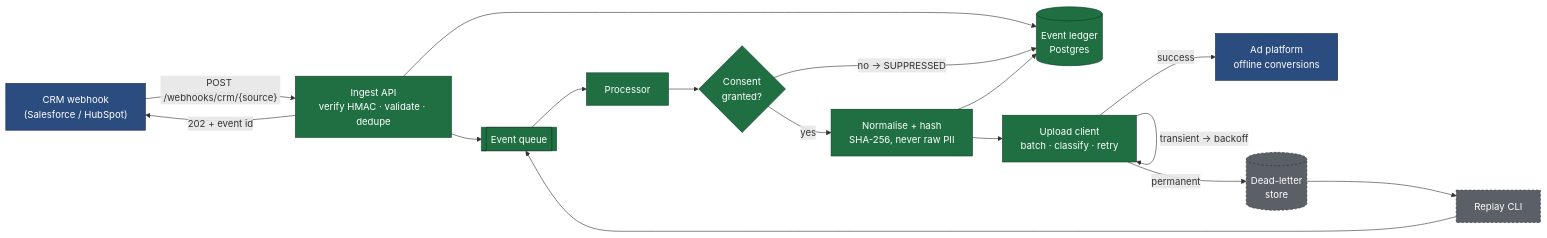
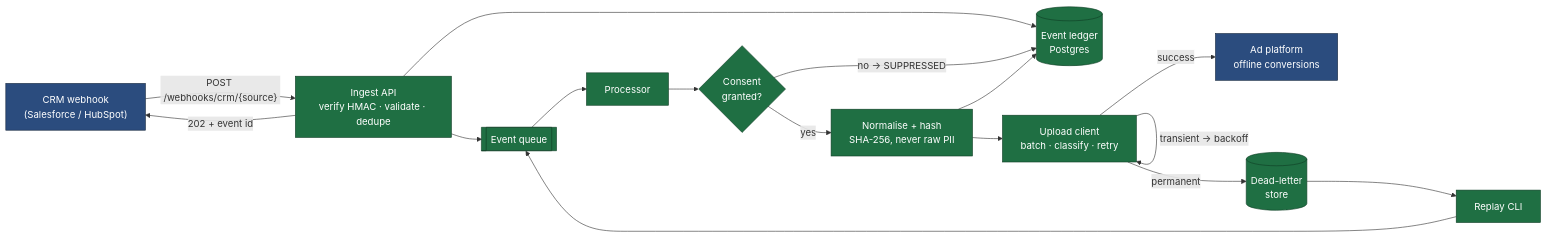
The first of 5 diagrams in README.md (rajumohith50/conversion-gateway), drawn with Mermaid before and after one commit. The commit also changed other lines of this file and 31 other files, not shown here.

First line of the commit message:
feat(dlq): dead-letter store, replay CLI, Prometheus metrics, structlog with redaction

````diff
--- a/README.md
+++ b/README.md
@@ -15,38 +15,37 @@
 ```mermaid
 flowchart LR
     CRM["CRM webhook<br/>(Salesforce / HubSpot)"]
     API["Ingest API<br/>verify HMAC · validate · dedupe"]
     LEDGER[("Event ledger<br/>Postgres")]
     Q[["Event queue"]]
     W["Processor"]
     CONSENT{"Consent<br/>granted?"}
     NORM["Normalise + hash<br/>SHA-256, never raw PII"]
     UP["Upload client<br/>batch · classify · retry"]
     ADS["Ad platform<br/>offline conversions"]
     DLQ[("Dead-letter<br/>store")]
     REPLAY["Replay CLI"]
 
     CRM -->|"POST /webhooks/crm/{source}"| API
     API -->|"202 + event id"| CRM
     API --> LEDGER
     API --> Q
     Q --> W
     W --> CONSENT
     CONSENT -->|"no → SUPPRESSED"| LEDGER
     CONSENT -->|yes| NORM
     NORM --> LEDGER
     NORM --> UP
     UP -->|success| ADS
     UP -->|"transient → backoff"| UP
     UP -->|"permanent"| DLQ
     DLQ --> REPLAY
     REPLAY --> Q
 
     classDef built fill:#1f6f43,stroke:#0e3d24,color:#ffffff
     classDef planned fill:#5b5f66,stroke:#2f3236,color:#ffffff,stroke-dasharray:4 3
     classDef external fill:#2b4c7e,stroke:#16283f,color:#ffffff
 
-    class API,LEDGER,Q,W,NORM,CONSENT,UP built
-    class DLQ,REPLAY planned
+    class API,LEDGER,Q,W,NORM,CONSENT,UP,DLQ,REPLAY built
     class CRM,ADS external
 ```
````
